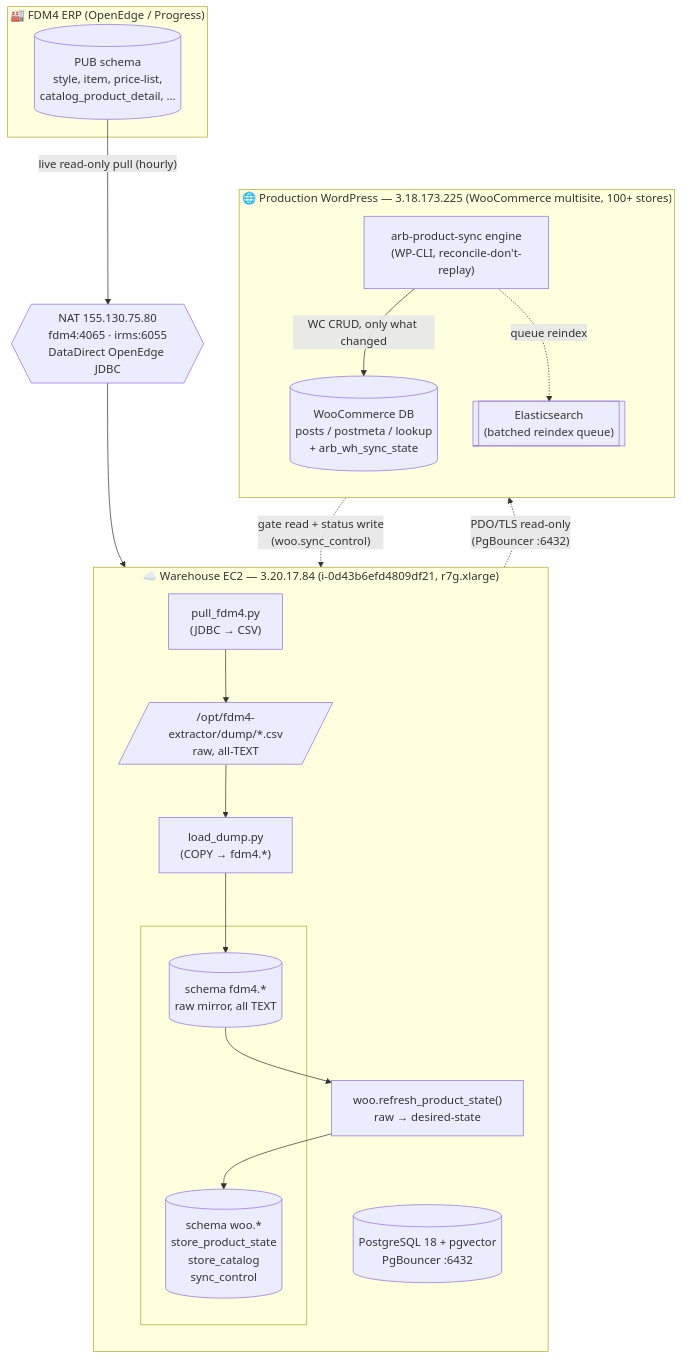
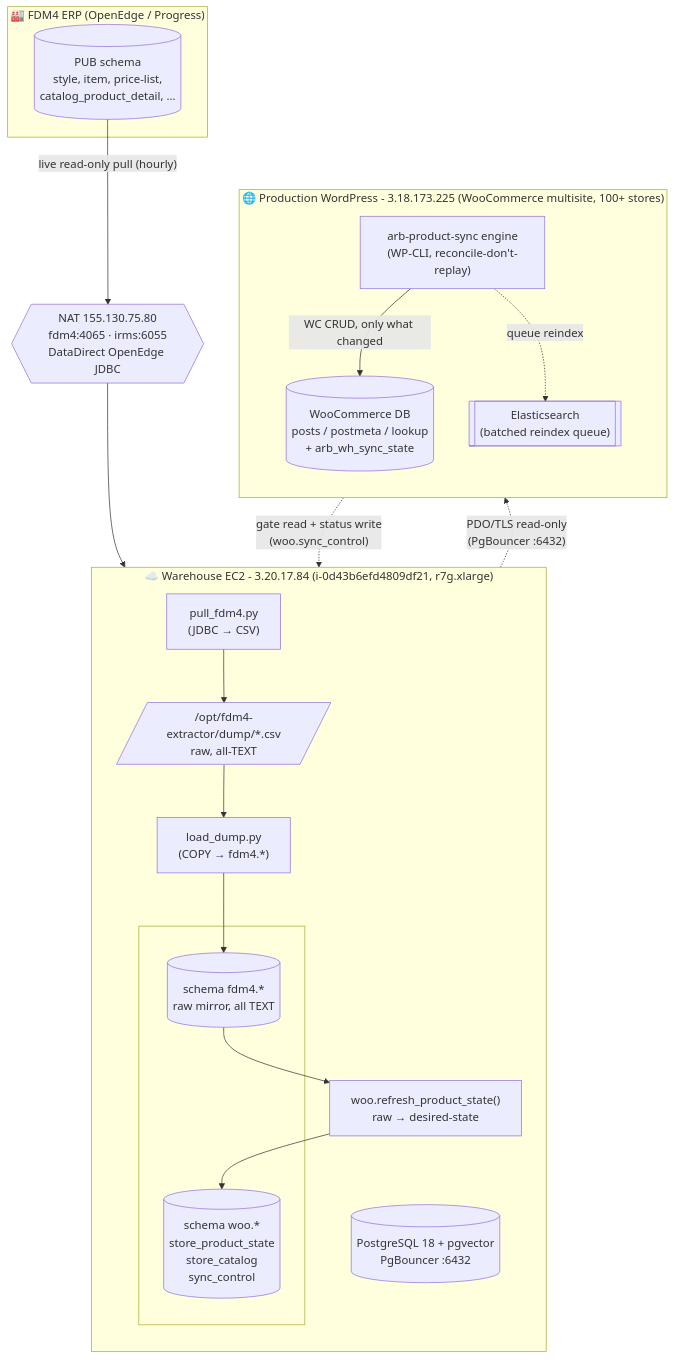
The first of 9 diagrams in docs/ARB_ODBC_PIPELINE_AND_PROTECTIONS.md (joe-gh/arb-data-warehouse), drawn with Mermaid before and after one commit. The commit also changed other lines of this file and 176 other files, not shown here.

First line of the commit message:
Add logo-admin app, warehouse infra, and SQL schema

````diff
--- a/docs/ARB_ODBC_PIPELINE_AND_PROTECTIONS.md
+++ b/docs/ARB_ODBC_PIPELINE_AND_PROTECTIONS.md
@@ -37,36 +37,36 @@
 ```mermaid
 flowchart TB
     subgraph FDM4["🏭 FDM4 ERP (OpenEdge / Progress)"]
-        OE[("PUB schema<br/>style, item, price-list,<br/>catalog_product_detail, …")]
+        OE[("PUB schema<br/>style, item, price-list,<br/>catalog_product_detail, ...")]
     end
 
     NAT{{"NAT 155.130.75.80<br/>fdm4:4065 · irms:6055<br/>DataDirect OpenEdge JDBC"}}
 
-    subgraph WH["☁️ Warehouse EC2 — 3.20.17.84 (i-0d43b6efd4809df21, r7g.xlarge)"]
+    subgraph WH["☁️ Warehouse EC2 - 3.20.17.84 (i-0d43b6efd4809df21, r7g.xlarge)"]
         direction TB
         PULL["pull_fdm4.py<br/>(JDBC → CSV)"]
         DUMP[/"/opt/fdm4-extractor/dump/*.csv<br/>raw, all-TEXT"/]
         LOAD["load_dump.py<br/>(COPY → fdm4.*)"]
         PG[("PostgreSQL 18 + pgvector<br/>PgBouncer :6432")]
         subgraph PGSCHEMAS[" "]
             FRAW[("schema fdm4.*<br/>raw mirror, all TEXT")]
             WOO[("schema woo.*<br/>store_product_state<br/>store_catalog<br/>sync_control")]
         end
         XFORM["woo.refresh_product_state()<br/>raw → desired-state"]
     end
 
-    subgraph PROD["🌐 Production WordPress — 3.18.173.225 (WooCommerce multisite, 100+ stores)"]
+    subgraph PROD["🌐 Production WordPress - 3.18.173.225 (WooCommerce multisite, 100+ stores)"]
         direction TB
         ENGINE["arb-product-sync engine<br/>(WP-CLI, reconcile-don't-replay)"]
         WCDB[("WooCommerce DB<br/>posts / postmeta / lookup<br/>+ arb_wh_sync_state")]
         ES[["Elasticsearch<br/>(batched reindex queue)"]]
     end
 
     OE -->|"live read-only pull (hourly)"| NAT --> PULL
     PULL --> DUMP --> LOAD --> FRAW
     FRAW --> XFORM --> WOO
     WOO -. "PDO/TLS read-only<br/>(PgBouncer :6432)" .-> ENGINE
     ENGINE -->|"WC CRUD, only what changed"| WCDB
     ENGINE -.->|"queue reindex"| ES
     ENGINE -. "gate read + status write<br/>(woo.sync_control)" .-> WOO
 ```
````
